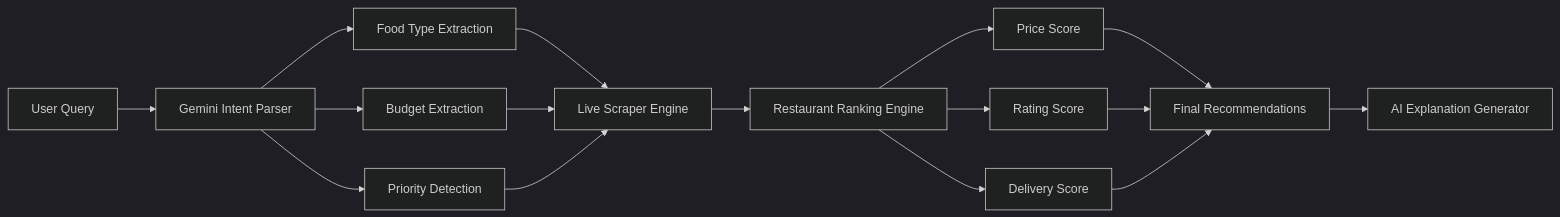
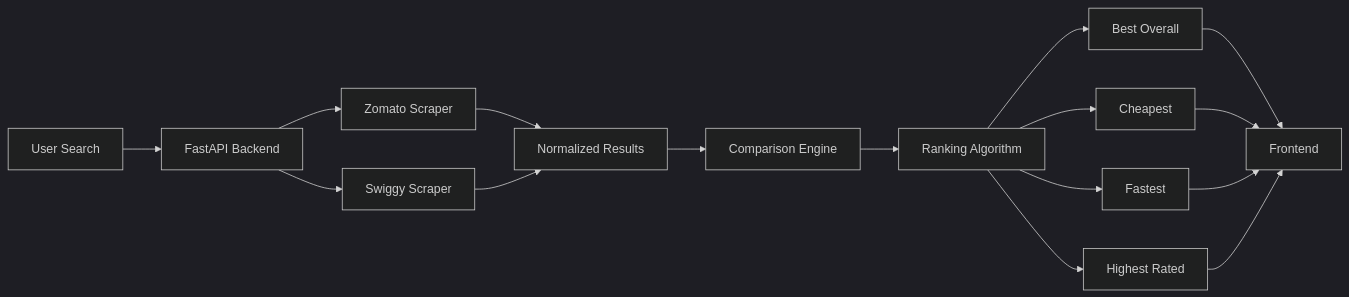
One commit to Rhythem2005/food-lens changed the diagram in README.md. Above: the diagram before and after it, drawn with Mermaid (dark theme). The commit also changed other lines of this file, not shown here.

````diff
--- a/README.md
+++ b/README.md
@@ -64,25 +45,27 @@
 ```mermaid
 flowchart LR
 
-A[User Query] --> B[Gemini Intent Parser]
+A[User Search]
 
-B --> C[Food Type Extraction]
-B --> D[Budget Extraction]
-B --> E[Priority Detection]
+A --> B[FastAPI Backend]
 
-C --> F[Live Scraper Engine]
-D --> F
-E --> F
+B --> C[Zomato Scraper]
+B --> D[Swiggy Scraper]
 
-F --> G[Restaurant Ranking Engine]
+C --> E[Normalized Results]
+D --> E
 
-G --> H[Price Score]
-G --> I[Rating Score]
-G --> J[Delivery Score]
+E --> F[Comparison Engine]
 
-H --> K[Final Recommendations]
-I --> K
-J --> K
+F --> G[Ranking Algorithm]
 
-K --> L[AI Explanation Generator]
+G --> H[Best Overall]
+G --> I[Cheapest]
+G --> J[Fastest]
+G --> K[Highest Rated]
+
+H --> L[Frontend]
+I --> L
+J --> L
+K --> L
 ```
````
